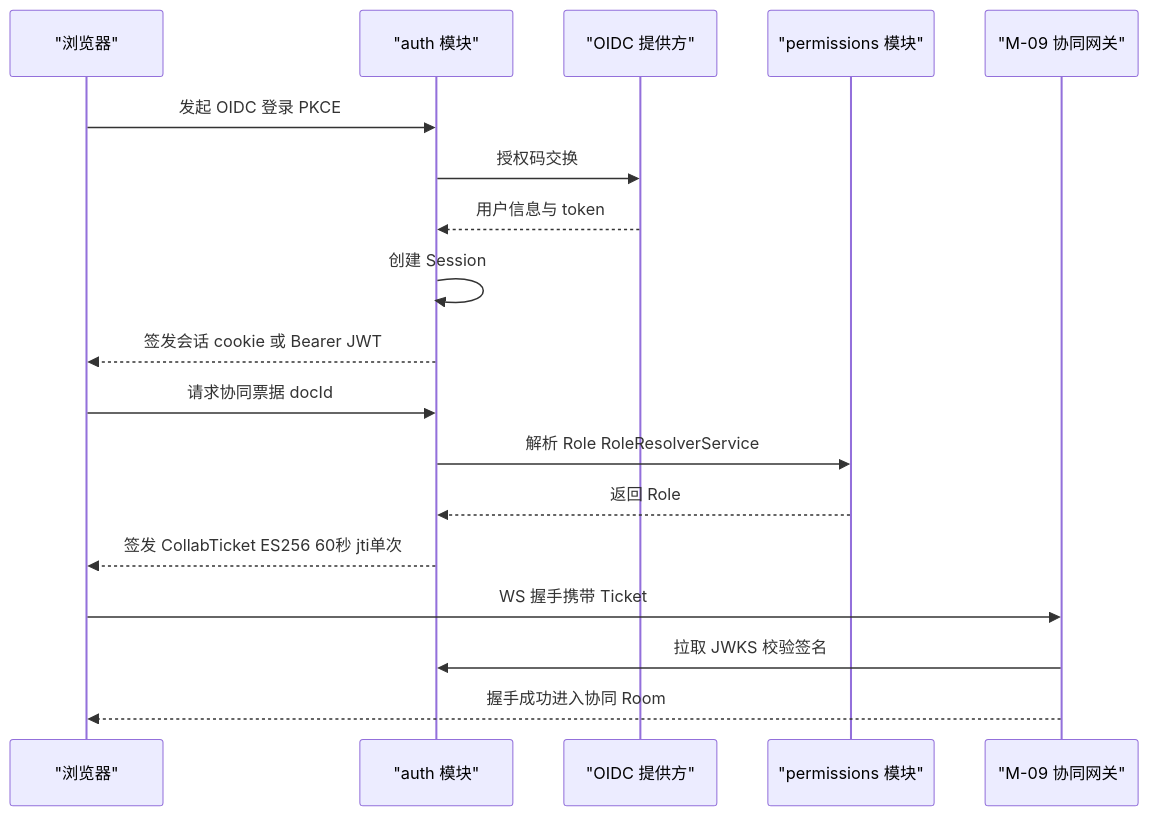
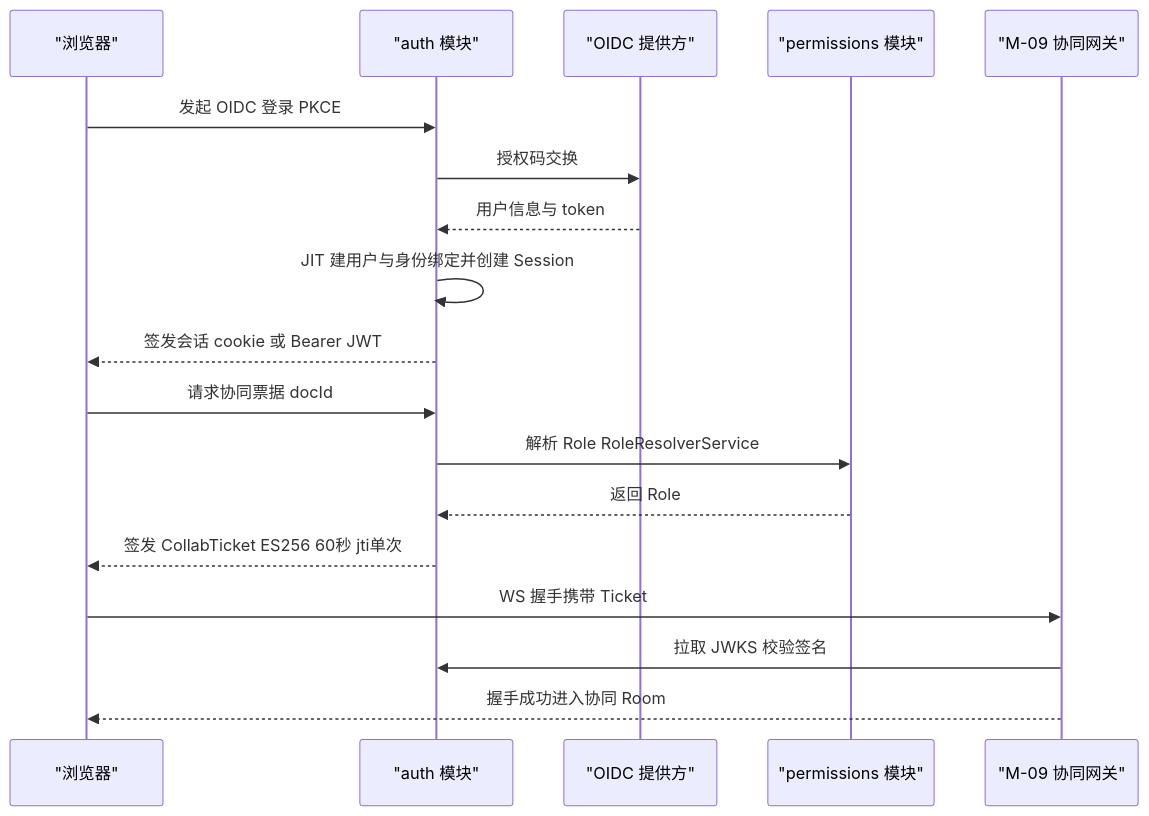
Before and after one commit to Xeonice/cordis-ppt-editor: the third of 4 diagrams in docs/40-modules/08-server-identity-documents-and-storage.md, drawn with Mermaid. The commit also changed other lines of this file and 23 other files, not shown here.

````diff
--- a/docs/40-modules/08-server-identity-documents-and-storage.md
+++ b/docs/40-modules/08-server-identity-documents-and-storage.md
@@ -291,20 +280,20 @@
 ```mermaid
 sequenceDiagram
 participant browser as "浏览器"
 participant auth as "auth 模块"
 participant oidc as "OIDC 提供方"
 participant perm as "permissions 模块"
 participant m09 as "M-09 协同网关"
 browser->>auth: 发起 OIDC 登录 PKCE
 auth->>oidc: 授权码交换
 oidc-->>auth: 用户信息与 token
-auth->>auth: 创建 Session
+auth->>auth: JIT 建用户与身份绑定并创建 Session
 auth-->>browser: 签发会话 cookie 或 Bearer JWT
 browser->>auth: 请求协同票据 docId
 auth->>perm: 解析 Role RoleResolverService
 perm-->>auth: 返回 Role
 auth-->>browser: 签发 CollabTicket ES256 60秒 jti单次
 browser->>m09: WS 握手携带 Ticket
 m09->>auth: 拉取 JWKS 校验签名
 m09-->>browser: 握手成功进入协同 Room
 ```
````
